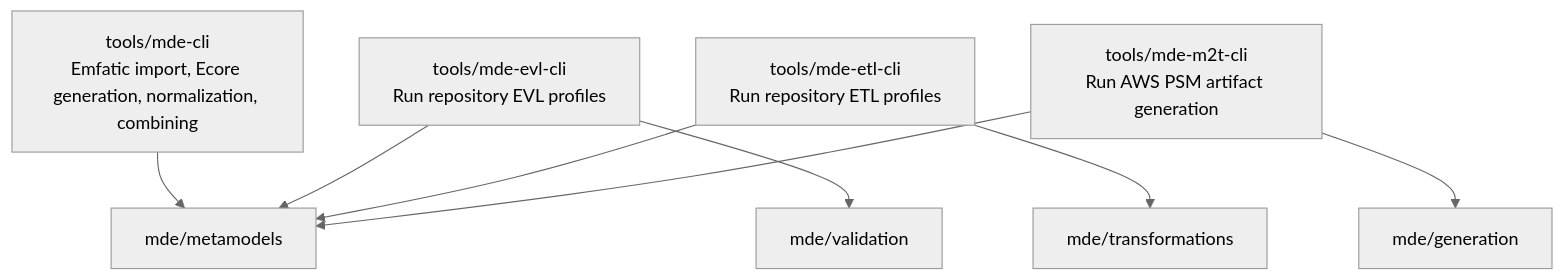
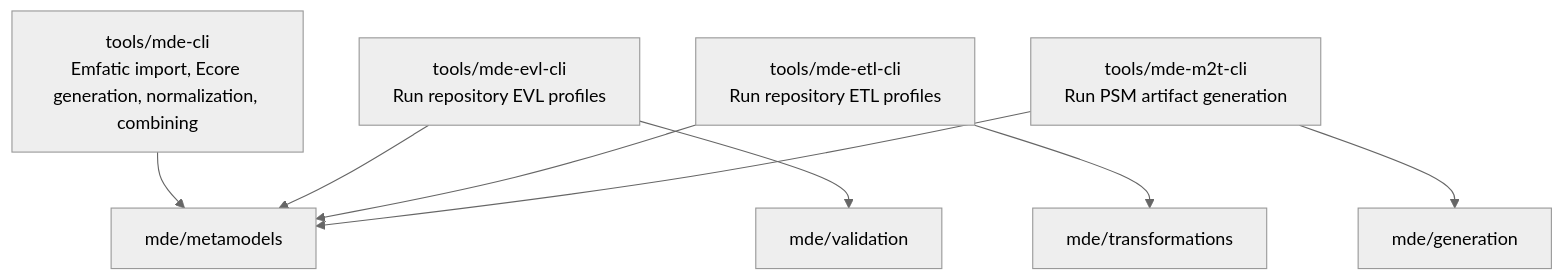
The third of 3 diagrams in docs/diagrams/17-mde-architecture.md (mehdieidi/modriss), drawn with Mermaid (neutral theme) before and after one commit. The commit also changed other lines of this file and 193 other files, not shown here.

Commit message:
docs: change aws psm to psm

````diff
--- a/docs/diagrams/17-mde-architecture.md
+++ b/docs/diagrams/17-mde-architecture.md
@@ -72,19 +72,19 @@
 ```mermaid
 flowchart TB
     mdecli["tools/mde-cli<br/>Emfatic import, Ecore generation, normalization, combining"]
     evlcli["tools/mde-evl-cli<br/>Run repository EVL profiles"]
     etlcli["tools/mde-etl-cli<br/>Run repository ETL profiles"]
-    m2tcli["tools/mde-m2t-cli<br/>Run AWS PSM artifact generation"]
+    m2tcli["tools/mde-m2t-cli<br/>Run PSM artifact generation"]
     metamodels["mde/metamodels"]
     validations["mde/validation"]
     transformations["mde/transformations"]
     generation["mde/generation"]
 
     mdecli --> metamodels
     evlcli --> validations
     evlcli --> metamodels
     etlcli --> transformations
     etlcli --> metamodels
     m2tcli --> generation
     m2tcli --> metamodels
 ```
````
